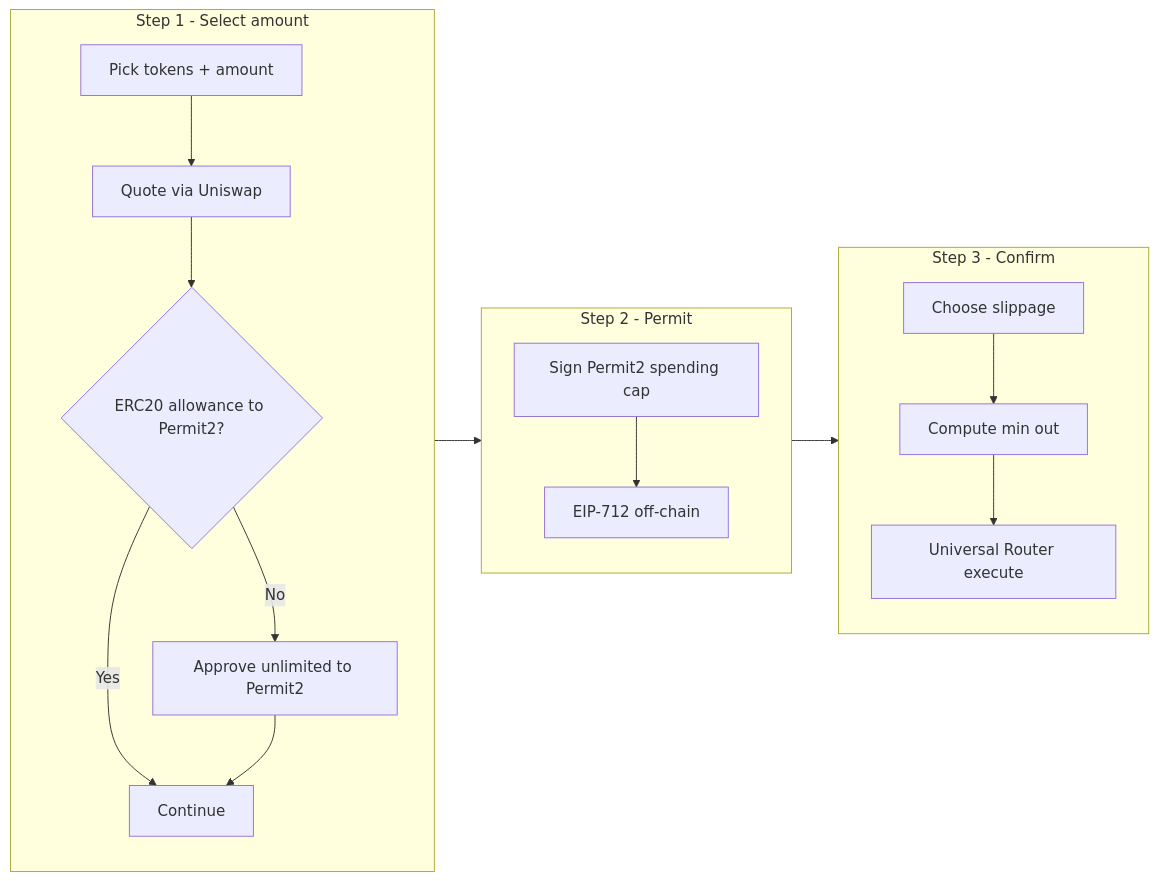
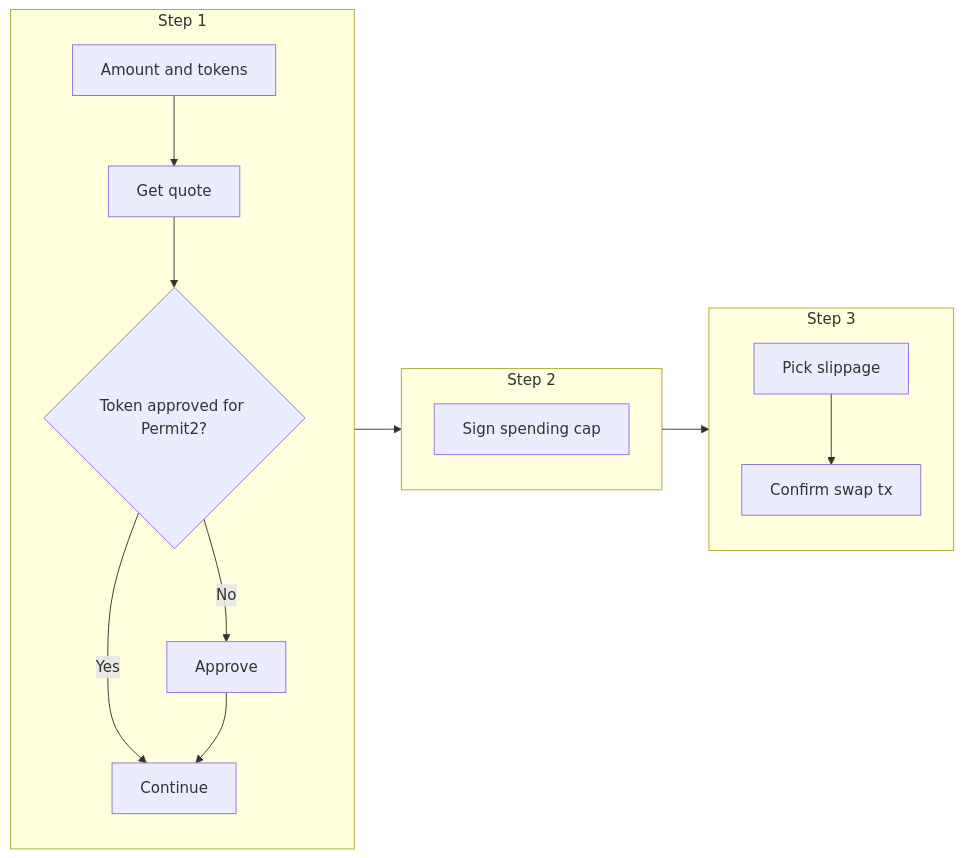
Before and after one commit to RootstockCollective/dao-frontend: the diagram in docs/SWAP_ARCHITECTURE.md, drawn with Mermaid. The commit also changed other lines of this file, not shown here.

Commit message:
docs(swap): simplify SWAP_ARCHITECTURE tone and reading level

````diff
--- a/docs/SWAP_ARCHITECTURE.md
+++ b/docs/SWAP_ARCHITECTURE.md
@@ -36,18 +53,17 @@
 ```mermaid
 flowchart LR
-  subgraph step1 [Step 1 - Select amount]
-    A[Pick tokens + amount] --> B[Quote via Uniswap]
-    B --> C{ERC20 allowance to Permit2?}
-    C -->|No| D[Approve unlimited to Permit2]
+  subgraph step1 [Step 1]
+    A[Amount and tokens] --> B[Get quote]
+    B --> C{Token approved for Permit2?}
+    C -->|No| D[Approve]
     C -->|Yes| E[Continue]
     D --> E
   end
-  subgraph step2 [Step 2 - Permit]
-    F[Sign Permit2 spending cap] --> G[EIP-712 off-chain]
+  subgraph step2 [Step 2]
+    F[Sign spending cap]
   end
-  subgraph step3 [Step 3 - Confirm]
-    H[Choose slippage] --> I[Compute min out]
-    I --> J[Universal Router execute]
+  subgraph step3 [Step 3]
+    G[Pick slippage] --> H[Confirm swap tx]
   end
   step1 --> step2 --> step3
 ```
````
